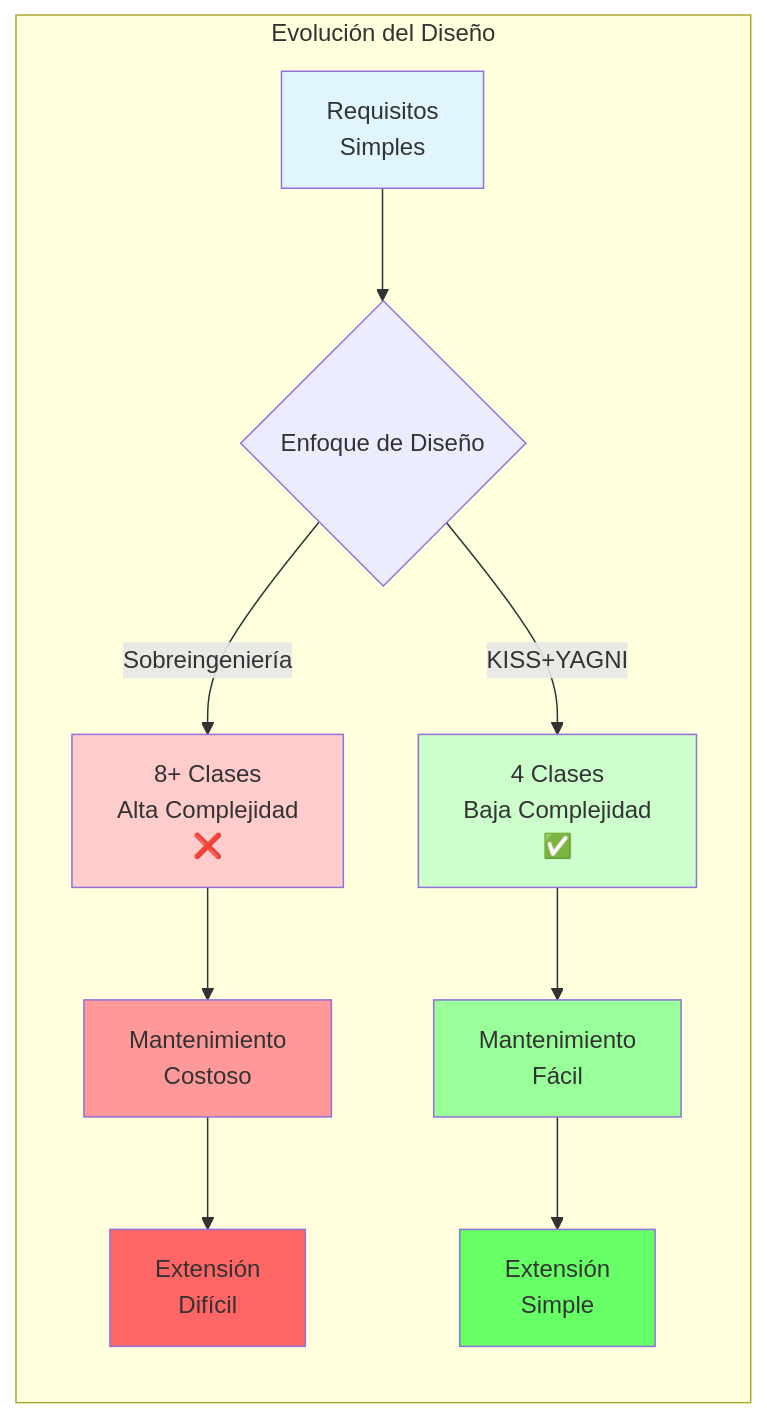
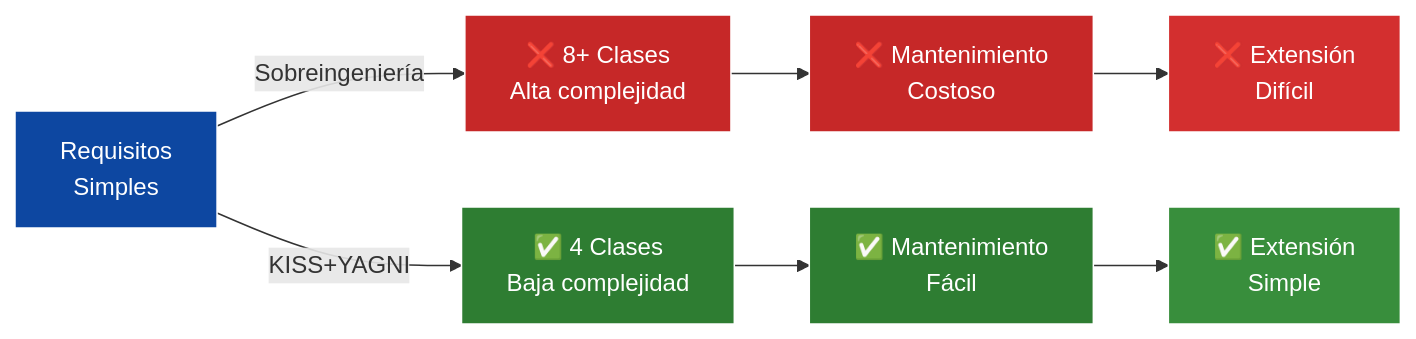
Before and after one commit to JhonLaurens/KISS-YAGNI: the eighth of 10 diagrams in DIAGRAMAS_C4.md, drawn with Mermaid. The commit also changed other lines of this file, not shown here.

Commit message:
Mejorar contraste de diagramas para tema oscuro

````diff
--- a/DIAGRAMAS_C4.md
+++ b/DIAGRAMAS_C4.md
@@ -206,22 +214,19 @@
 ```mermaid
 graph LR
-    subgraph "Evolución del Diseño"
-        A[Requisitos<br/>Simples] --> B{Enfoque de Diseño}
-        B -->|Sobreingeniería| C[8+ Clases<br/>Alta Complejidad<br/>❌]
-        B -->|KISS+YAGNI| D[4 Clases<br/>Baja Complejidad<br/>✅]
-        
-        C --> E[Mantenimiento<br/>Costoso]
-        D --> F[Mantenimiento<br/>Fácil]
-        
-        E --> G[Extensión<br/>Difícil]
-        F --> H[Extensión<br/>Simple]
-    end
-    
-    style A fill:#e1f5ff
-    style C fill:#ffcccc
-    style D fill:#ccffcc
-    style E fill:#ff9999
-    style F fill:#99ff99
-    style G fill:#ff6666
-    style H fill:#66ff66
+    A["Requisitos<br/>Simples"] -->|Sobreingeniería| C["❌ 8+ Clases<br/>Alta complejidad"]
+    A -->|KISS+YAGNI| D["✅ 4 Clases<br/>Baja complejidad"]
+
+    C --> E["❌ Mantenimiento<br/>Costoso"]
+    D --> F["✅ Mantenimiento<br/>Fácil"]
+
+    E --> G["❌ Extensión<br/>Difícil"]
+    F --> H["✅ Extensión<br/>Simple"]
+
+    style A fill:#0d47a1,color:#fff,stroke:#fff
+    style C fill:#c62828,color:#fff,stroke:#fff
+    style D fill:#2e7d32,color:#fff,stroke:#fff
+    style E fill:#c62828,color:#fff,stroke:#fff
+    style F fill:#2e7d32,color:#fff,stroke:#fff
+    style G fill:#d32f2f,color:#fff,stroke:#fff
+    style H fill:#388e3c,color:#fff,stroke:#fff
 ```
````
